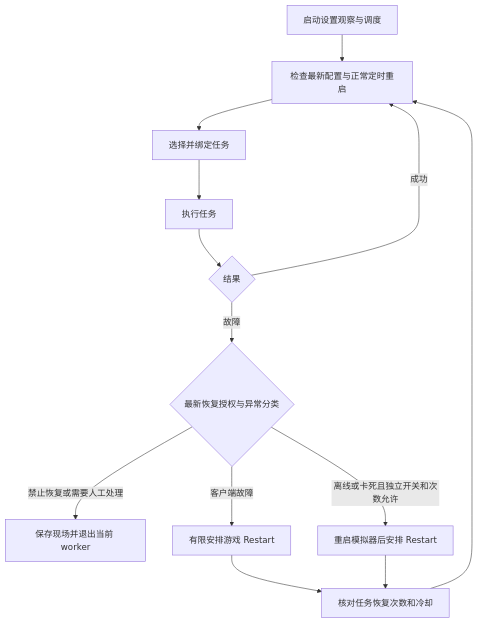
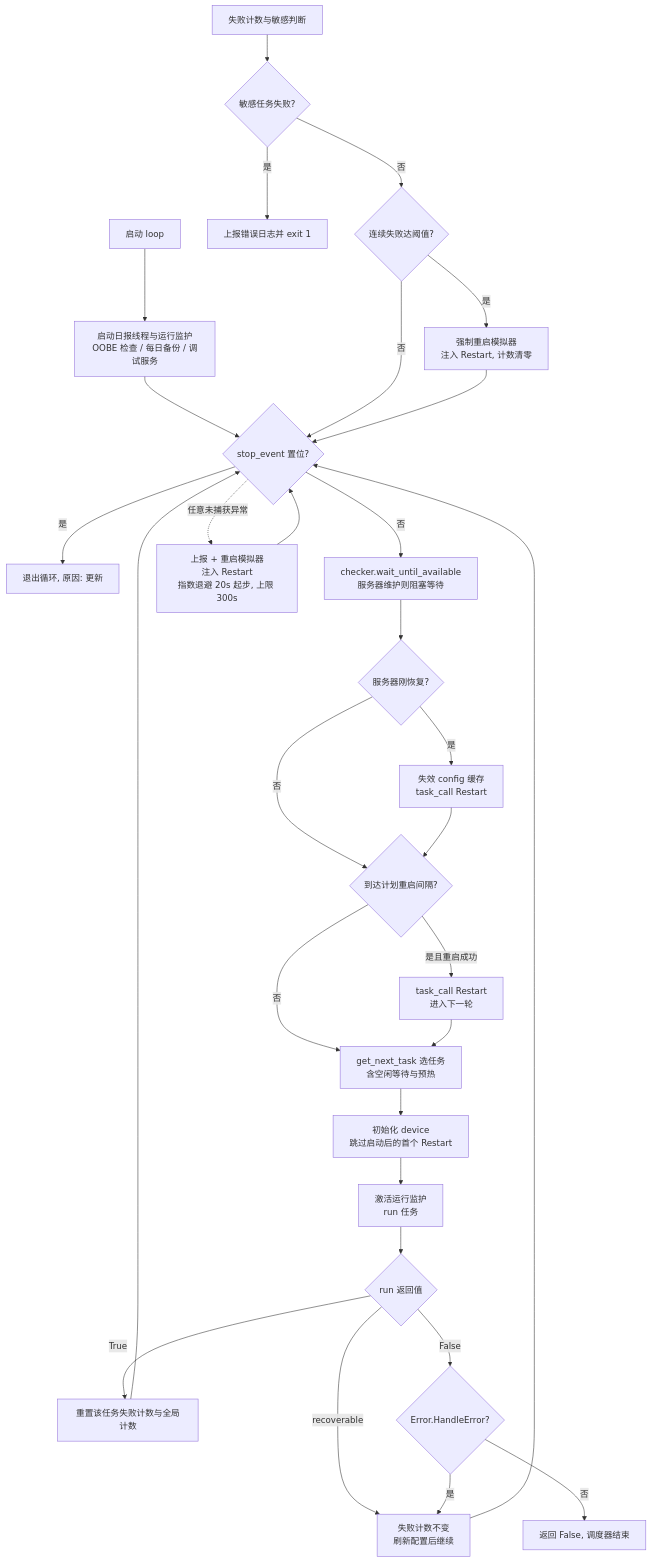
One commit to Beatrice-betty/AzurPilot changed the first of 2 diagrams in docs/modules/entry/alas.md. Above: the diagram before and after it, drawn with Mermaid. The commit also changed other lines of this file and 35 other files, not shown here.

````diff
--- a/docs/modules/entry/alas.md
+++ b/docs/modules/entry/alas.md
@@ -125,15 +125,32 @@
 ```mermaid
 flowchart TD
-    A[启动设置观察与调度] --> B[检查最新配置与正常定时重启]
-    B --> C[选择并绑定任务]
-    C --> D[执行任务]
-    D --> E{结果}
-    E -- 成功 --> B
-    E -- 故障 --> F{最新恢复授权与异常分类}
-    F -- 禁止恢复或需要人工处理 --> G[保存现场并退出当前 worker]
-    F -- 客户端故障 --> H[有限安排游戏 Restart]
-    F -- 离线或卡死且独立开关和次数允许 --> I[重启模拟器后安排 Restart]
-    H --> J[核对任务恢复次数和冷却]
-    I --> J
-    J --> B
+    A[启动 loop] --> B[启动日报线程与运行监护<br>OOBE 检查 / 每日备份 / 调试服务]
+    B --> C{stop_event 置位?}
+    C -- 是 --> Z[退出循环, 原因: 更新]
+    C -- 否 --> D[checker.wait_until_available<br>服务器维护则阻塞等待]
+    D --> E{服务器刚恢复?}
+    E -- 是 --> E1[失效 config 缓存<br>task_call Restart]
+    E -- 否 --> F
+    E1 --> F{到达计划重启间隔?}
+    F -- 是且重启成功 --> F1[task_call Restart<br>进入下一轮]
+    F -- 否 --> G
+    F1 --> G[get_next_task 选任务<br>含空闲等待与预热]
+    G --> H[初始化 device<br>跳过启动后的首个 Restart]
+    H --> I[激活运行监护<br>run 任务]
+    I --> J{run 返回值}
+    J -- True --> K[重置该任务失败计数与全局计数]
+    J -- recoverable --> L[失败计数不变<br>刷新配置后继续]
+    J -- False --> M{Error.HandleError?}
+    M -- 是 --> L
+    M -- 否 --> Z2[返回 False, 调度器结束]
+    K --> C
+    L --> C
+    N[失败计数与敏感判断] --> O{敏感任务失败?}
+    O -- 是 --> Z3[上报错误日志并 exit 1]
+    O -- 否 --> P{连续失败达阈值?}
+    P -- 是 --> P1[强制重启模拟器<br>注入 Restart, 计数清零]
+    P -- 否 --> C
+    P1 --> C
+    C -. 任意未捕获异常 .-> Q[上报 + 重启模拟器<br>注入 Restart<br>指数退避 20s 起步, 上限 300s]
+    Q --> C
 ```
````
